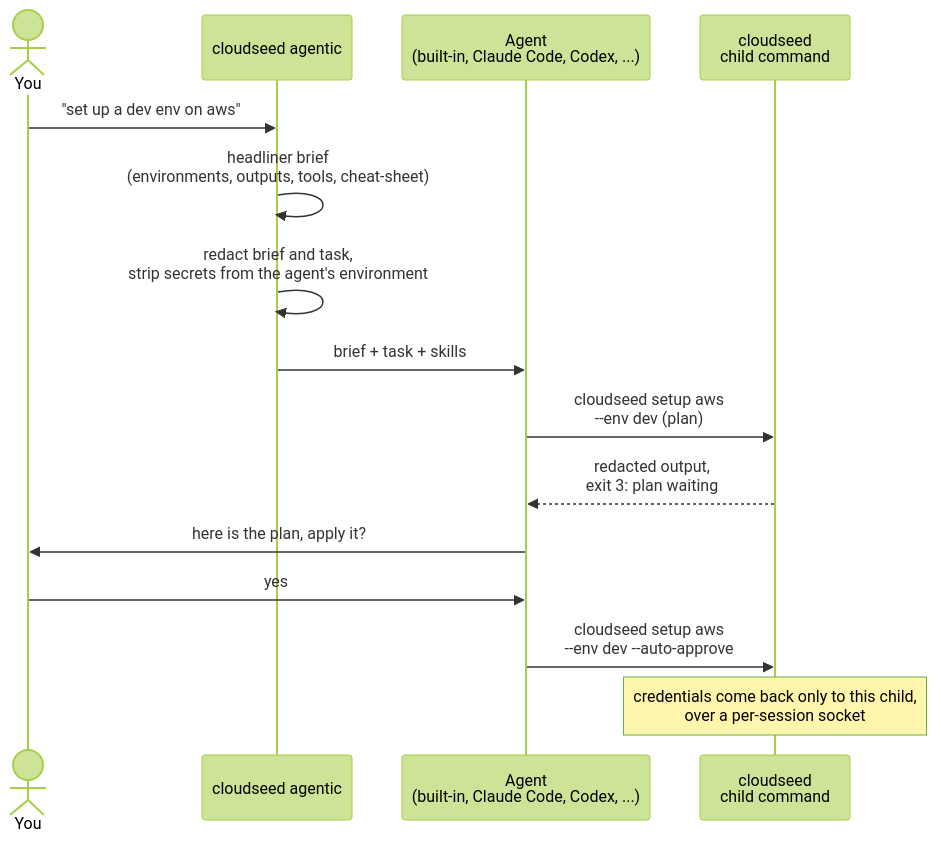
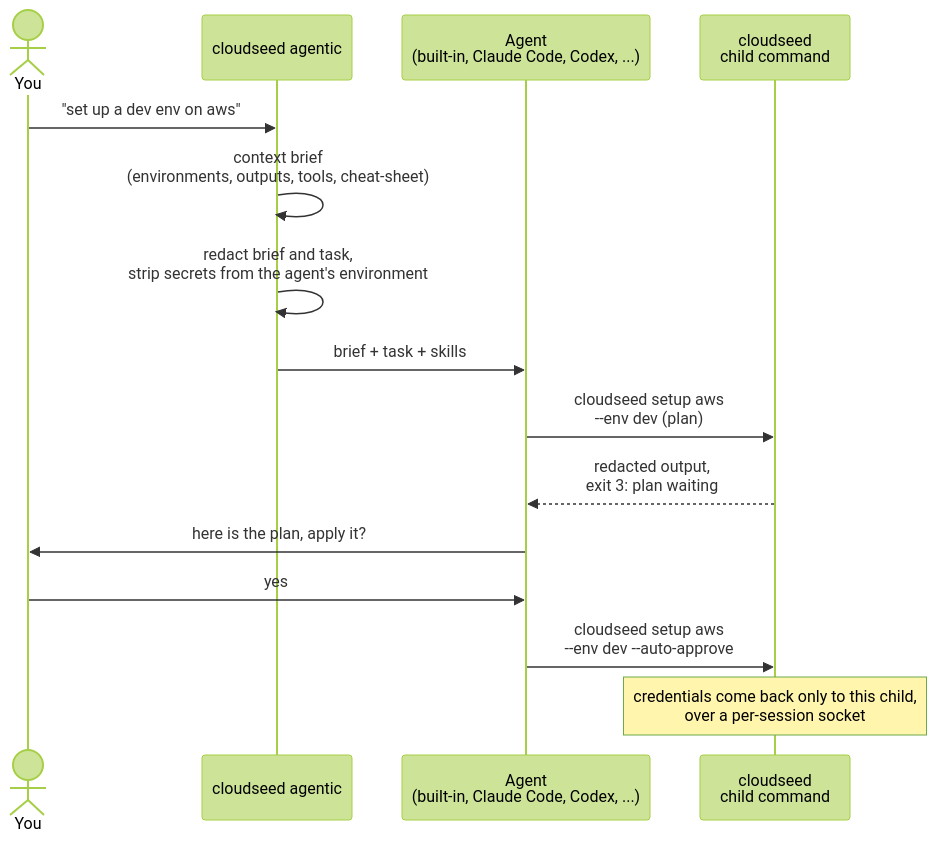
Before and after one commit to nimeshbuilds/cloudseed: the diagram in docs/guides/agentic.md, drawn with Mermaid (forest theme). The commit also changed other lines of this file and 64 other files, not shown here.

````diff
--- a/docs/guides/agentic.md
+++ b/docs/guides/agentic.md
@@ -23,17 +23,17 @@
 ```mermaid
 sequenceDiagram
     actor You
     participant CS as cloudseed agentic
     participant Agent as Agent<br/>(built-in, Claude Code, Codex, ...)
     participant Child as cloudseed<br/>child command
     You->>CS: "set up a dev env on aws"
-    CS->>CS: headliner brief<br/>(environments, outputs, tools, cheat-sheet)
+    CS->>CS: context brief<br/>(environments, outputs, tools, cheat-sheet)
     CS->>CS: redact brief and task,<br/>strip secrets from the agent's environment
     CS->>Agent: brief + task + skills
     Agent->>Child: cloudseed setup aws<br/>--env dev (plan)
     Child-->>Agent: redacted output,<br/>exit 3: plan waiting
     Agent->>You: here is the plan, apply it?
     You->>Agent: yes
     Agent->>Child: cloudseed setup aws<br/>--env dev --auto-approve
     Note over Child: credentials come back only to this child,<br/>over a per-session socket
 ```
````
